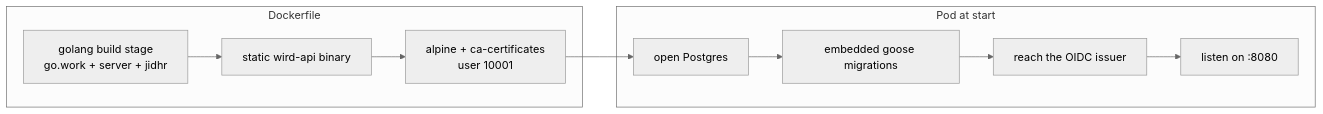
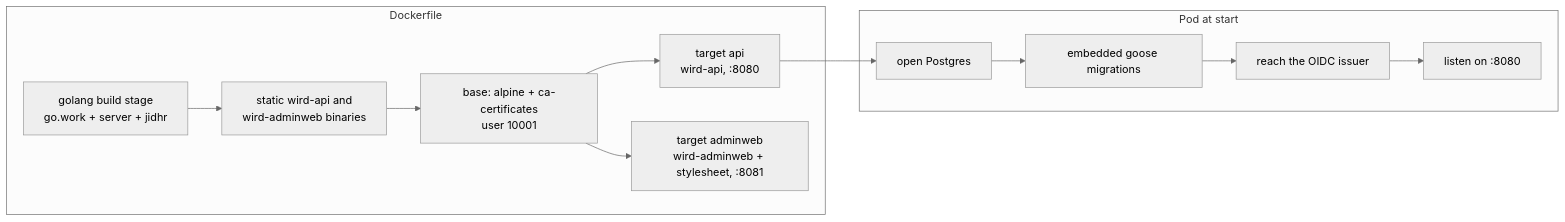
Before and after one commit to MohammadBnei/wird: the fourth of 4 diagrams in docs/architecture/deploy.md, drawn with Mermaid (neutral theme). The commit also changed other lines of this file and 26 other files, not shown here.

````diff
--- a/docs/architecture/deploy.md
+++ b/docs/architecture/deploy.md
@@ -80,11 +80,13 @@
 ```mermaid
 flowchart LR
   subgraph image["Dockerfile"]
-    b["golang build stage<br/>go.work + server + jidhr"] --> bin["static wird-api binary"]
-    bin --> a["alpine + ca-certificates<br/>user 10001"]
+    b["golang build stage<br/>go.work + server + jidhr"] --> bin["static wird-api and<br/>wird-adminweb binaries"]
+    bin --> base["base: alpine + ca-certificates<br/>user 10001"]
+    base --> a["target api<br/>wird-api, :8080"]
+    base --> aw["target adminweb<br/>wird-adminweb + stylesheet, :8081"]
   end
   subgraph pod["Pod at start"]
     s["open Postgres"] --> m["embedded goose migrations"] --> o["reach the OIDC issuer"] --> l["listen on :8080"]
   end
   a --> s
 ```
````
